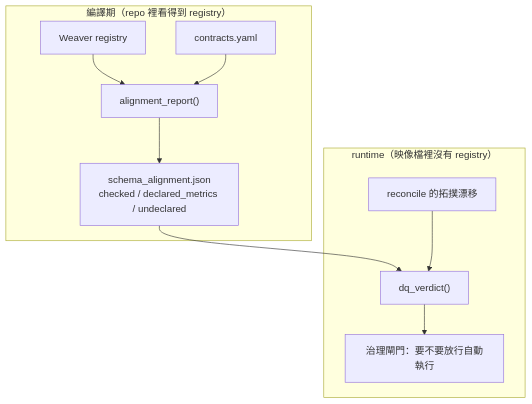
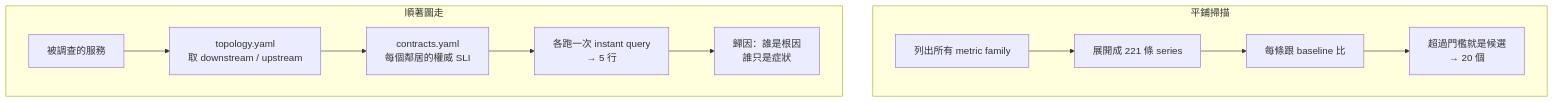
Before and after one commit to tedmax100/o11y-bench: the first of 2 diagrams in weaver-demo/ironman-2026/day17.md, drawn with Mermaid. The commit also changed other lines of this file and 29 other files, not shown here.

````diff
--- a/weaver-demo/ironman-2026/day17.md
+++ b/weaver-demo/ironman-2026/day17.md
@@ -102,13 +61,14 @@
 ```mermaid
 flowchart TB
-    subgraph BUILD["編譯期（repo 裡看得到 registry）"]
-        REG["Weaver registry"] --> CHK["alignment_report()"]
-        CON["contracts.yaml"] --> CHK
-        CHK --> ART["schema_alignment.json<br/>checked / declared_metrics / undeclared"]
+    subgraph FLAT["平鋪掃描"]
+        A1["列出所有 metric family"] --> A2["展開成 221 條 series"]
+        A2 --> A3["每條跟 baseline 比"]
+        A3 --> A4["超過門檻就是候選<br/>→ 20 個"]
     end
-    subgraph RUN["runtime（映像檔裡沒有 registry）"]
-        ART --> DQ["dq_verdict()"]
-        REC["reconcile 的拓撲漂移"] --> DQ
-        DQ --> GOV["治理閘門：要不要放行自動執行"]
+    subgraph WALK["順著圖走"]
+        B1["被調查的服務"] --> B2["topology.yaml<br/>取 downstream / upstream"]
+        B2 --> B3["contracts.yaml<br/>每個鄰居的權威 SLI"]
+        B3 --> B4["各跑一次 instant query<br/>→ 5 行"]
+        B4 --> B5["歸因：誰是根因<br/>誰只是症狀"]
     end
 ```
````
